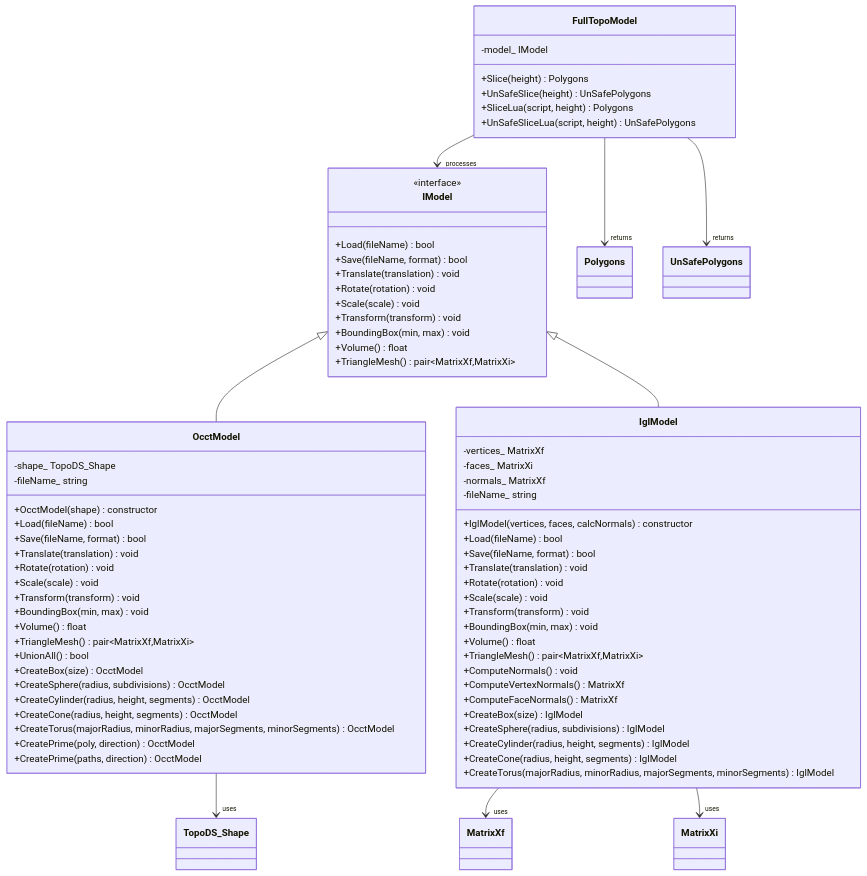
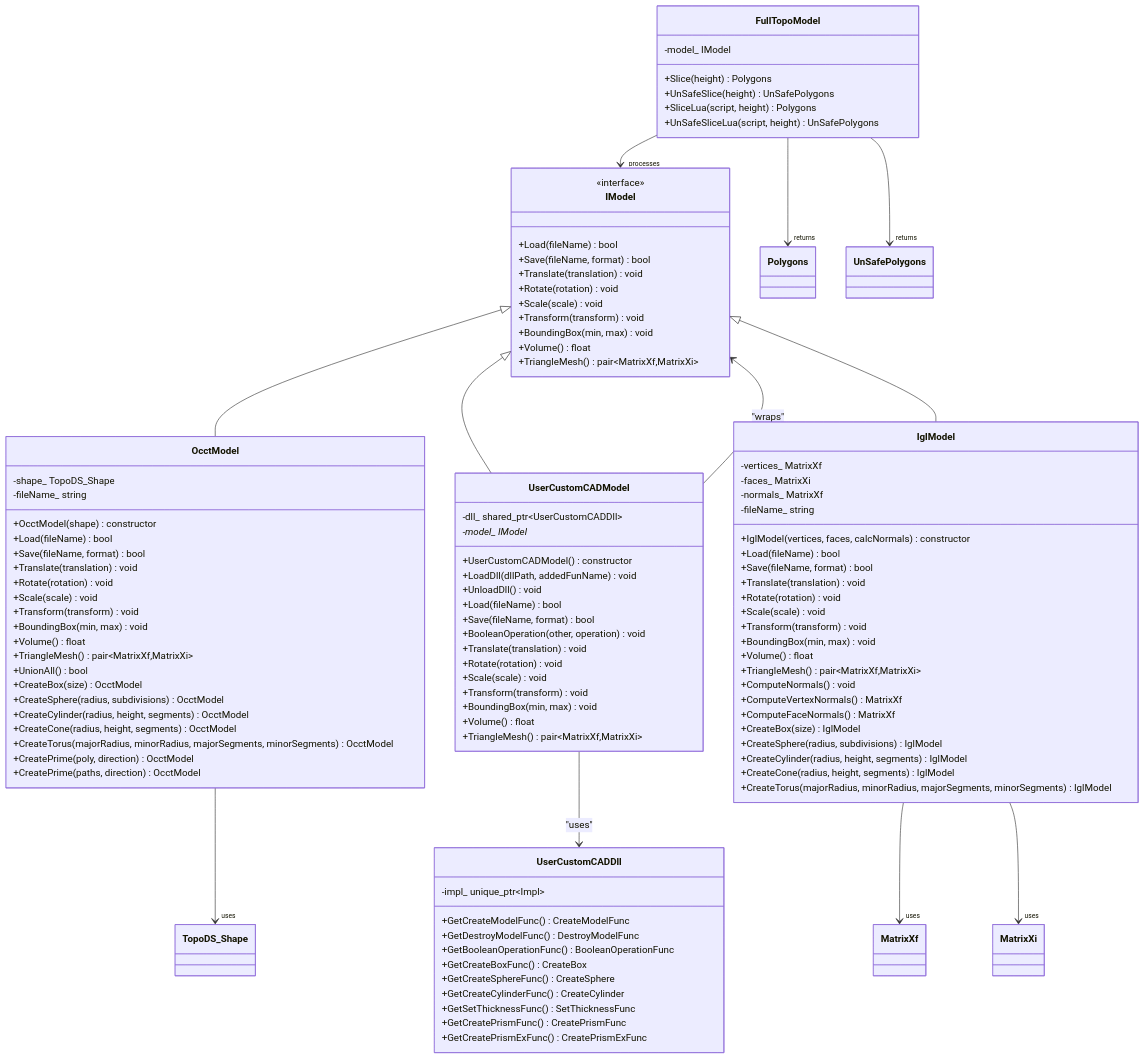
Before and after one commit to hsmbanlance/HsBaSlicer: the first of 15 diagrams in .qoder/repowiki/en/content/Model Processing/CAD Model Processing.md, drawn with Mermaid. The commit also changed other lines of this file and 31 other files, not shown here.

First line of the commit message:
docs(architecture): 更新文档以包含事件处理系统和动态库测试

```diff
--- a/.qoder/repowiki/en/content/Model Processing/CAD Model Processing.md
+++ b/.qoder/repowiki/en/content/Model Processing/CAD Model Processing.md
@@ -76,6 +82,35 @@
 +CreatePrime(poly, direction) OcctModel
 +CreatePrime(paths, direction) OcctModel
 }
+class UserCustomCADModel {
+-dll_ shared_ptr~UserCustomCADDll~
+-model_ IModel*
++UserCustomCADModel() constructor
++LoadDll(dllPath, addedFunName) void
++UnloadDll() void
++Load(fileName) bool
++Save(fileName, format) bool
++BooleanOperation(other, operation) void
++Translate(translation) void
++Rotate(rotation) void
++Scale(scale) void
++Transform(transform) void
++BoundingBox(min, max) void
++Volume() float
++TriangleMesh() pair~MatrixXf,MatrixXi~
+}
+class UserCustomCADDll {
+-impl_ unique_ptr~Impl~
++GetCreateModelFunc() CreateModelFunc
++GetDestroyModelFunc() DestroyModelFunc
++GetBooleanOperationFunc() BooleanOperationFunc
++GetCreateBoxFunc() CreateBox
++GetCreateSphereFunc() CreateSphere
++GetCreateCylinderFunc() CreateCylinder
++GetSetThicknessFunc() SetThicknessFunc
++GetCreatePrismFunc() CreatePrismFunc
++GetCreatePrismExFunc() CreatePrismExFunc
+}
 class IglModel {
 -vertices_ MatrixXf
 -faces_ MatrixXi
@@ -108,7 +143,10 @@
 +UnSafeSliceLua(script, height) UnSafePolygons
 }
 IModel <|-- OcctModel
+IModel <|-- UserCustomCADModel
 IModel <|-- IglModel
+UserCustomCADModel --> UserCustomCADDll : "uses"
+UserCustomCADModel --> IModel : "wraps"
 OcctModel --> "uses" TopoDS_Shape
 IglModel --> "uses" MatrixXf
 IglModel --> "uses" MatrixXi
```
